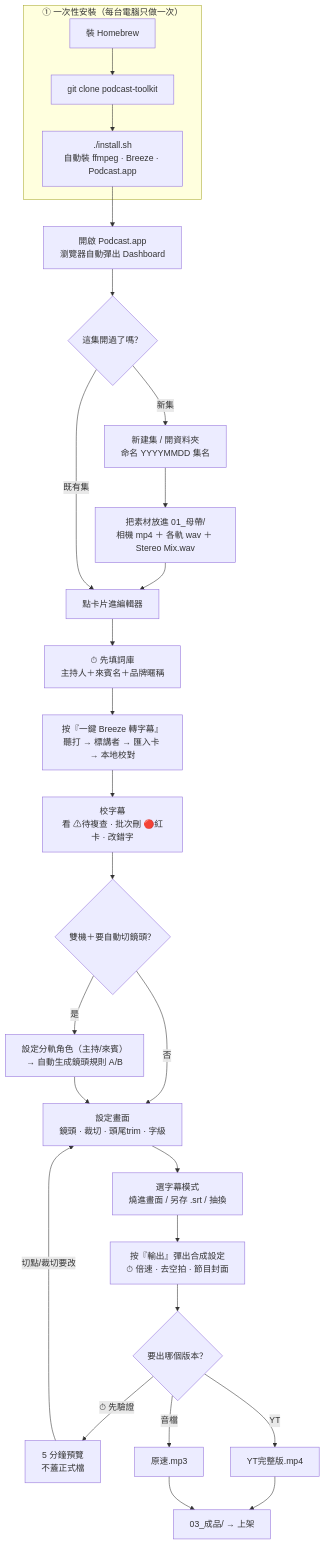
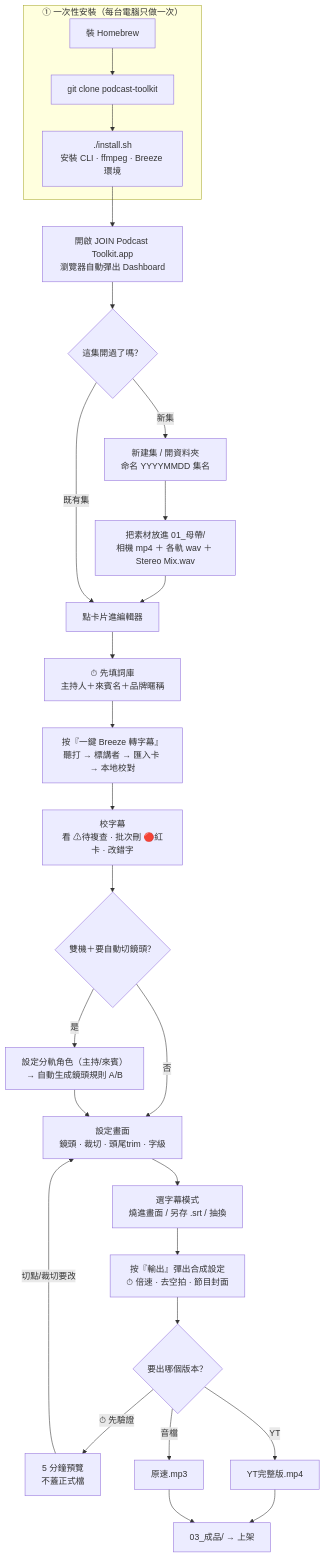
One commit to Liiiiwei/podcast-toolkit changed the diagram in README.md. Above: the diagram before and after it, drawn with Mermaid. The commit also changed other lines of this file and 2 other files, not shown here.

````diff
--- a/README.md
+++ b/README.md
@@ -29,32 +29,32 @@
 ```mermaid
 flowchart TD
     subgraph S0["① 一次性安裝（每台電腦只做一次）"]
-        I1["裝 Homebrew"] --> I2["git clone podcast-toolkit"] --> I3["./install.sh<br/>自動裝 ffmpeg · Breeze · Podcast.app"]
+        I1["裝 Homebrew"] --> I2["git clone podcast-toolkit"] --> I3["./install.sh<br/>安裝 CLI · ffmpeg · Breeze 環境"]
     end
 
-    I3 --> A0["開啟 Podcast.app<br/>瀏覽器自動彈出 Dashboard"]
+    I3 --> A0["開啟 JOIN Podcast Toolkit.app<br/>瀏覽器自動彈出 Dashboard"]
     A0 --> A1{"這集開過了嗎？"}
     A1 -- "新集" --> A2["新建集 / 開資料夾<br/>命名 YYYYMMDD 集名"]
     A2 --> B1["把素材放進 01_母帶/<br/>相機 mp4 ＋ 各軌 wav ＋ Stereo Mix.wav"]
     B1 --> A3["點卡片進編輯器"]
     A1 -- "既有集" --> A3
 
     A3 --> G1["⏱ 先填詞庫<br/>主持人＋來賓名＋品牌暱稱"]
     G1 --> C1["按『一鍵 Breeze 轉字幕』<br/>聽打 → 標講者 → 匯入卡 → 本地校對"]
     C1 --> C2["校字幕<br/>看 ⚠待複查 · 批次刪 🔴紅卡 · 改錯字"]
 
     C2 --> D0{"雙機＋要自動切鏡頭？"}
     D0 -- "是" --> D1["設定分軌角色（主持/來賓）<br/>→ 自動生成鏡頭規則 A/B"]
     D0 -- "否" --> E1["設定畫面<br/>鏡頭 · 裁切 · 頭尾trim · 字級"]
     D1 --> E1
 
     E1 --> F0["選字幕模式<br/>燒進畫面 / 另存 .srt / 抽換"]
     F0 --> S1["按『輸出』彈出合成設定<br/>⏱ 倍速 · 去空拍 · 節目封面"]
     S1 --> F1{"要出哪個版本？"}
     F1 -- "⏱ 先驗證" --> P1["5 分鐘預覽<br/>不蓋正式檔"]
     P1 -- "切點/裁切要改" --> E1
     F1 -- "YT" --> O1["YT完整版.mp4"]
     F1 -- "音檔" --> O3["原速.mp3"]
     O1 --> Z["03_成品/ → 上架"]
     O3 --> Z
 ```
````
